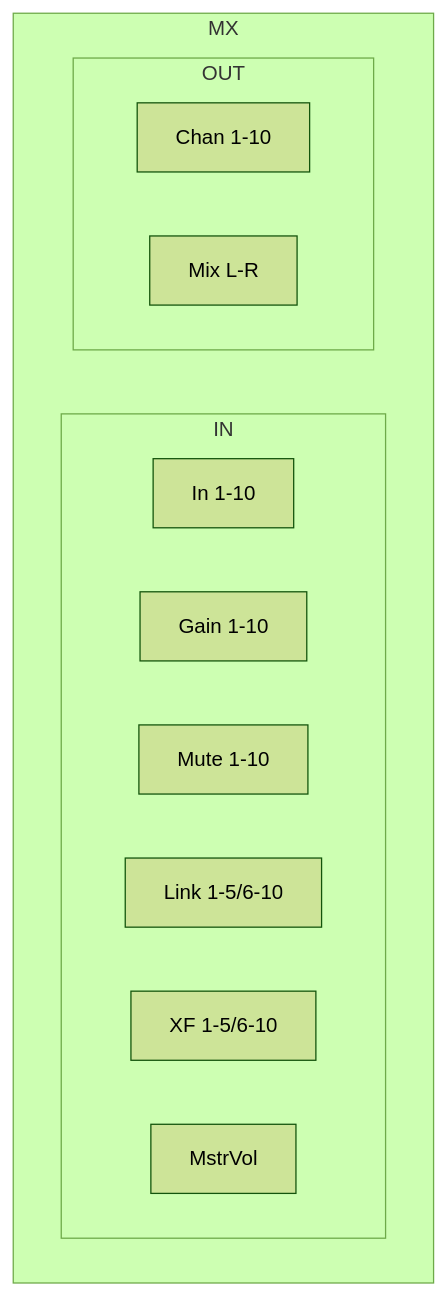
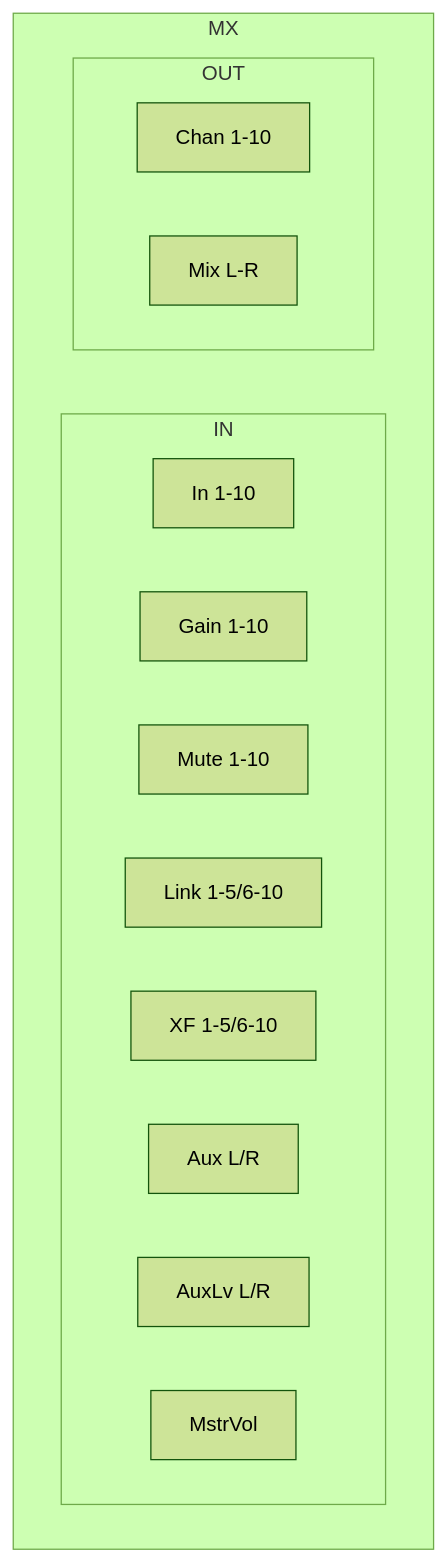
Before and after one commit to acumartini/dectet-public: the ninth of 31 diagrams in README.md, drawn with Mermaid (forest theme). The commit also changed other lines of this file, not shown here.

````diff
--- a/README.md
+++ b/README.md
@@ -1062,19 +1064,22 @@
 ```mermaid
 flowchart TD
   subgraph MX
     subgraph MX_IN[IN]
       direction LR
         MX_IN_In[In 1-10]
         MX_IN_Gain[Gain 1-10]
         MX_IN_Mute[Mute 1-10]
         MX_IN_Link[Link 1-5/6-10]
         MX_IN_XF[XF 1-5/6-10]
+        MX_IN_Aux[Aux L/R]
+        MX_IN_AuxLv[AuxLv L/R]
+        MX_IN_XF[XF 1-5/6-10]
         MX_IN_MstrVol[MstrVol]
     end
     subgraph MX_OUT[OUT]
       direction LR
         MX_OUT_Chant[Chan 1-10]
         MX_OUT_Mix[Mix L-R]
     end
   end
 ```
````
